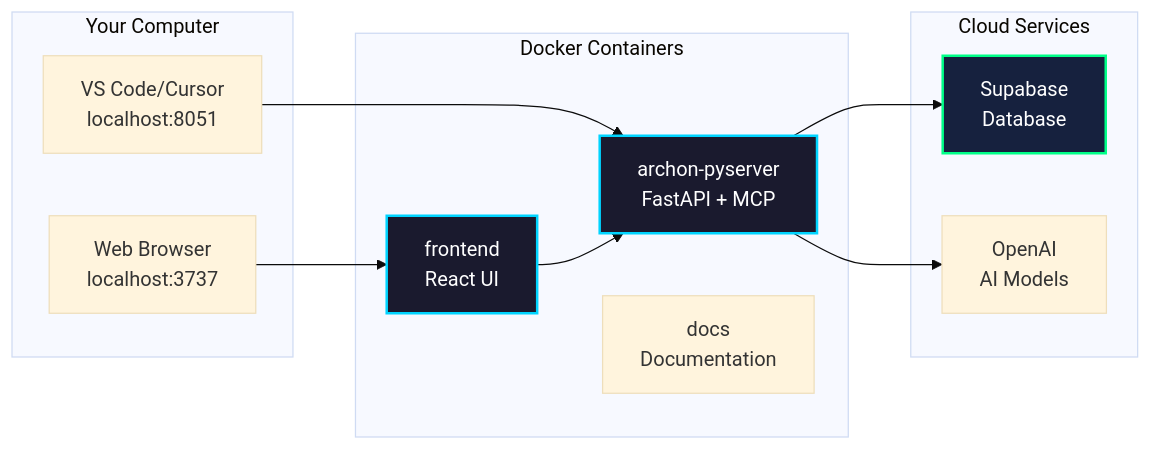
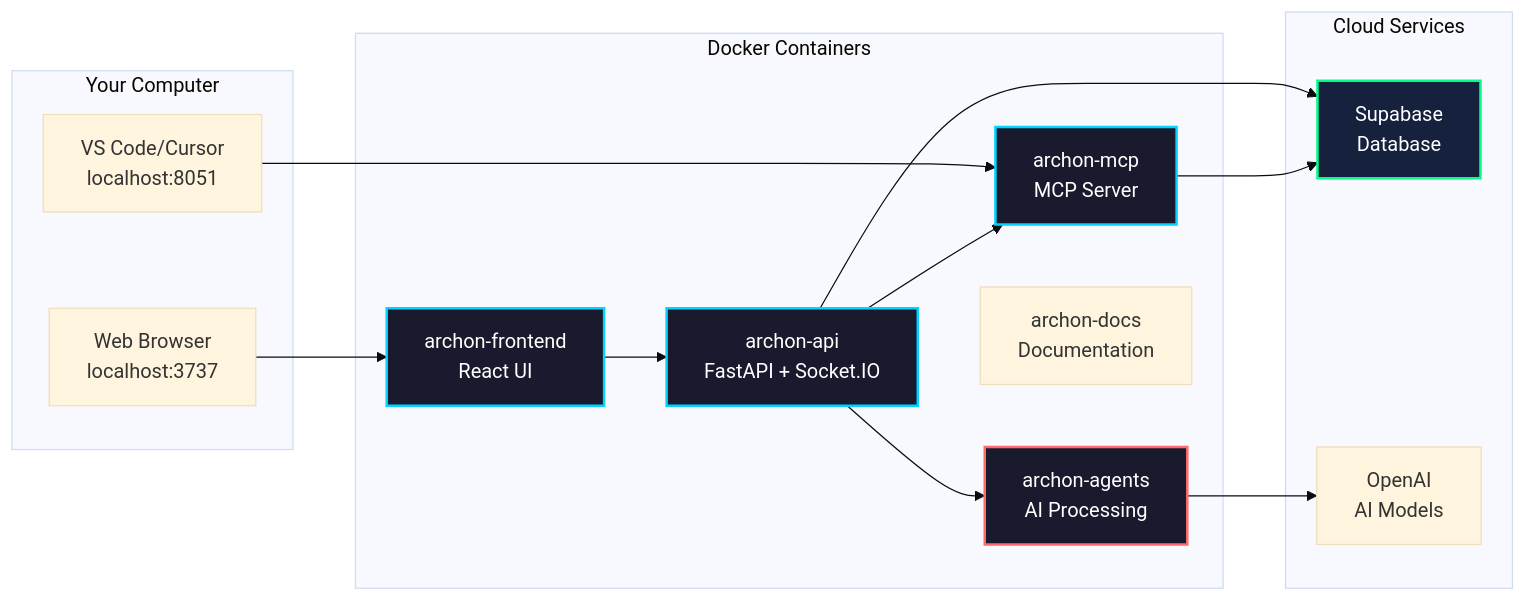
Before and after one commit to tarsonis125/mcp-crawl4ai-rag-ChromaDB-V1: the diagram in docs/docs/deployment.mdx, drawn with Mermaid (base theme). The commit also changed other lines of this file and 36 other files, not shown here.

First line of the commit message:
refactor: transition to microservices architecture with Socket.IO integration

````diff
--- a/docs/docs/deployment.mdx
+++ b/docs/docs/deployment.mdx
@@ -59,28 +59,35 @@
 ```mermaid
 graph LR
     subgraph "Your Computer"
         Browser[Web Browser<br/>localhost:3737]
         IDE[VS Code/Cursor<br/>localhost:8051]
     end
     
     subgraph "Docker Containers"
-        Frontend[frontend<br/>React UI]
-        Backend[archon-pyserver<br/>FastAPI + MCP]
-        Docs[docs<br/>Documentation]
+        Frontend[archon-frontend<br/>React UI]
+        API[archon-api<br/>FastAPI + Socket.IO]
+        MCP[archon-mcp<br/>MCP Server]
+        Agents[archon-agents<br/>AI Processing]
+        Docs[archon-docs<br/>Documentation]
     end
     
     subgraph "Cloud Services"
         Supabase[Supabase<br/>Database]
         OpenAI[OpenAI<br/>AI Models]
     end
     
     Browser --> Frontend
-    IDE --> Backend
-    Frontend --> Backend
-    Backend --> Supabase
-    Backend --> OpenAI
+    IDE --> MCP
+    Frontend --> API
+    API --> MCP
+    API --> Agents
+    API --> Supabase
+    Agents --> OpenAI
+    MCP --> Supabase
     
     style Frontend fill:#1a1a2e,stroke:#00d4ff,stroke-width:2px,color:#fff
-    style Backend fill:#1a1a2e,stroke:#00d4ff,stroke-width:2px,color:#fff
+    style API fill:#1a1a2e,stroke:#00d4ff,stroke-width:2px,color:#fff
+    style MCP fill:#1a1a2e,stroke:#00d4ff,stroke-width:2px,color:#fff
+    style Agents fill:#1a1a2e,stroke:#ff6b6b,stroke-width:2px,color:#fff
     style Supabase fill:#16213e,stroke:#00ff88,stroke-width:2px,color:#fff
 ```
````
